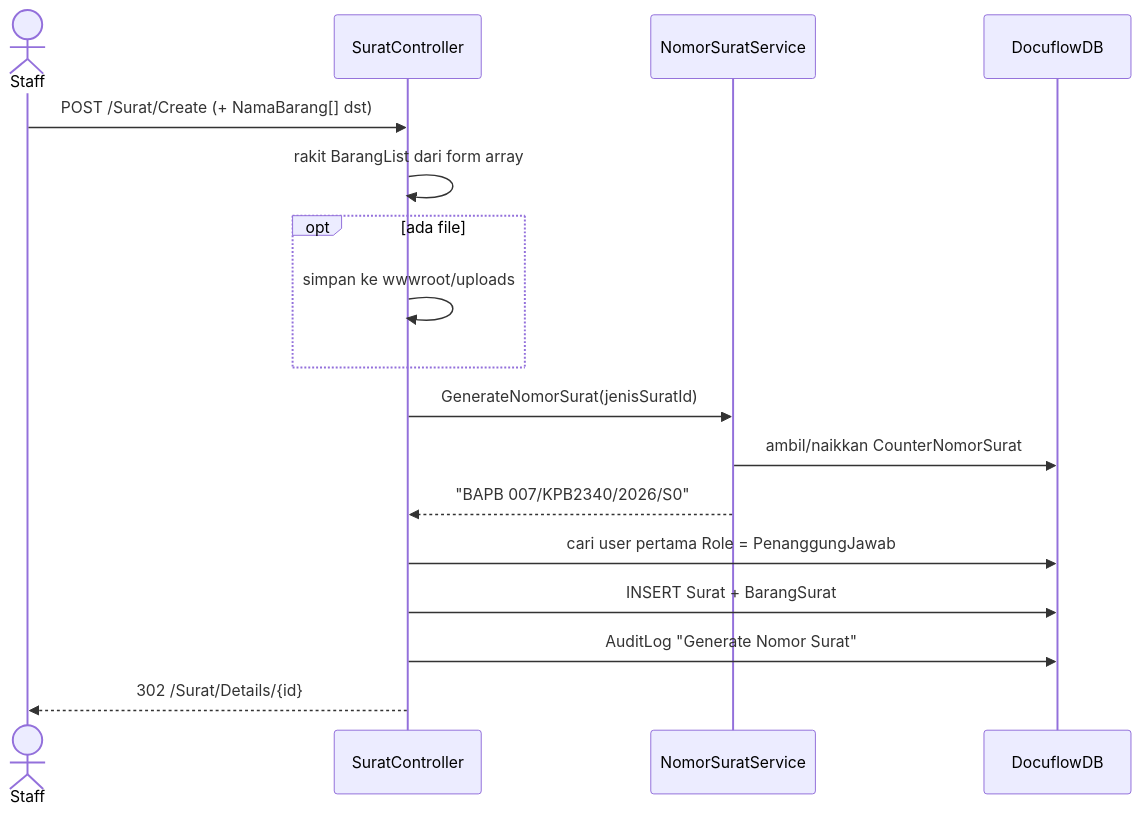
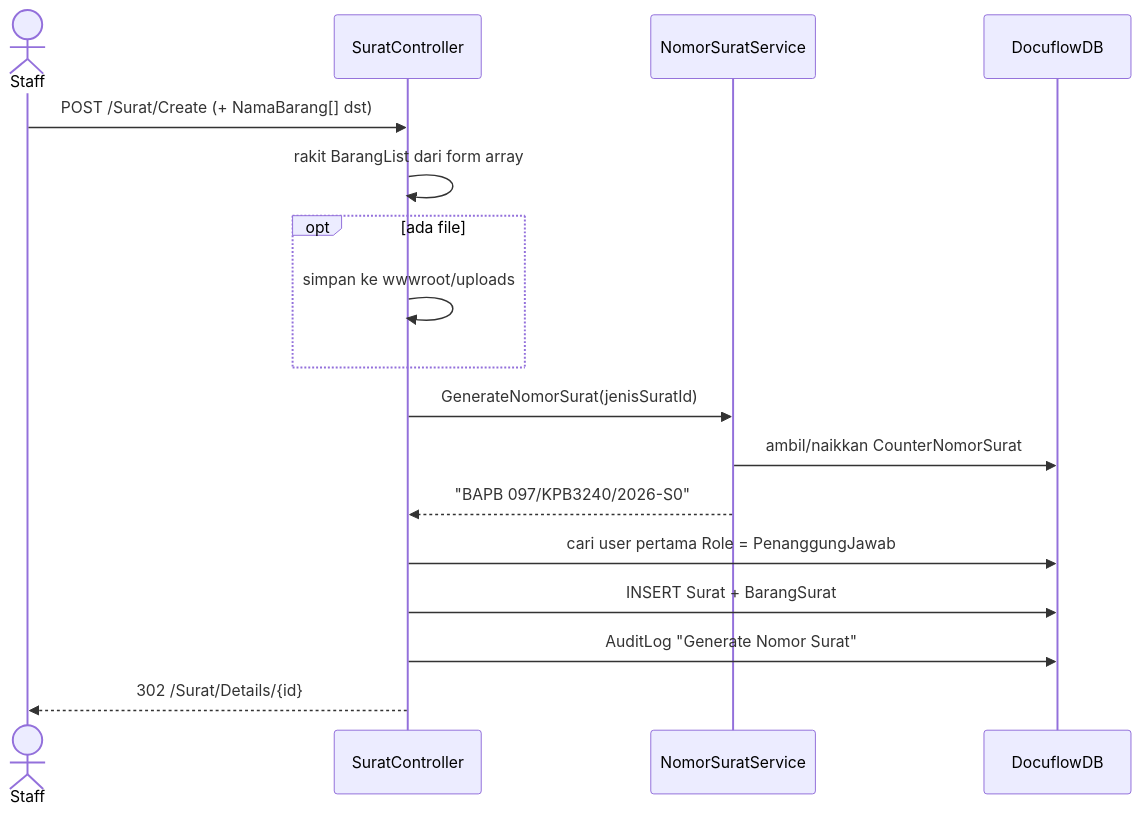
One commit to NDI05/Docuflow-KPB changed the third of 5 diagrams in documentation/04-Diagram.md. Above: the diagram before and after it, drawn with Mermaid. The commit also changed other lines of this file and 7 other files, not shown here.

````diff
--- a/documentation/04-Diagram.md
+++ b/documentation/04-Diagram.md
@@ -60,20 +69,20 @@
 ```mermaid
 sequenceDiagram
     actor S as Staff
     participant C as SuratController
     participant N as NomorSuratService
     participant DB as DocuflowDB
 
     S->>C: POST /Surat/Create (+ NamaBarang[] dst)
     C->>C: rakit BarangList dari form array
     opt ada file
         C->>C: simpan ke wwwroot/uploads
     end
     C->>N: GenerateNomorSurat(jenisSuratId)
     N->>DB: ambil/naikkan CounterNomorSurat
-    N-->>C: "BAPB 007/KPB2340/2026/S0"
+    N-->>C: "BAPB 097/KPB3240/2026-S0"
     C->>DB: cari user pertama Role = PenanggungJawab
     C->>DB: INSERT Surat + BarangSurat
     C->>DB: AuditLog "Generate Nomor Surat"
     C-->>S: 302 /Surat/Details/{id}
 ```
````
